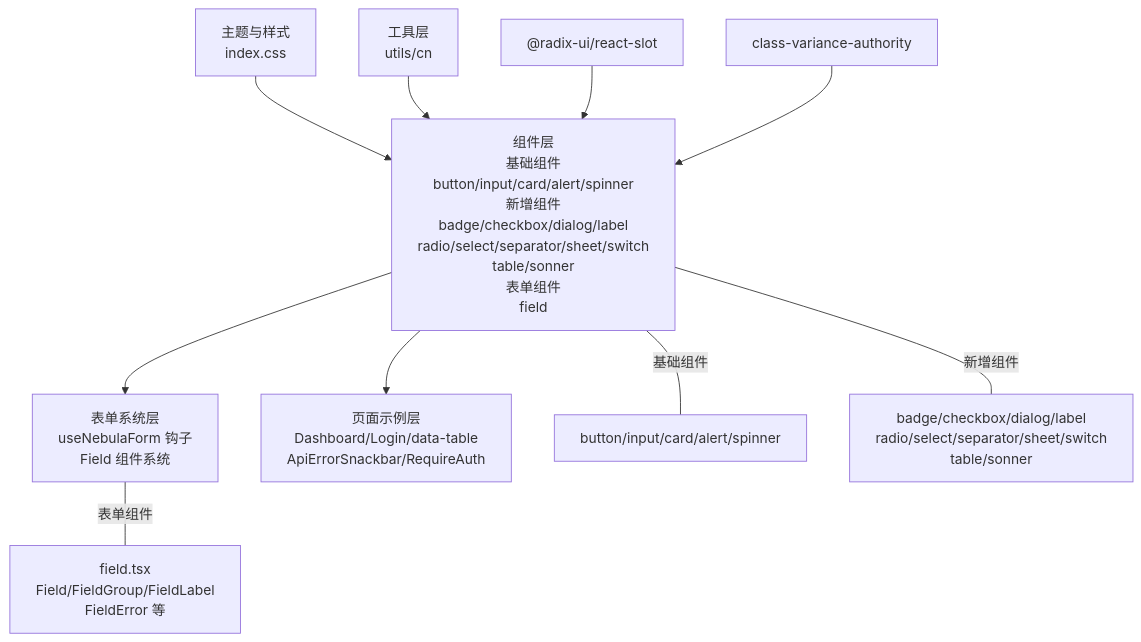
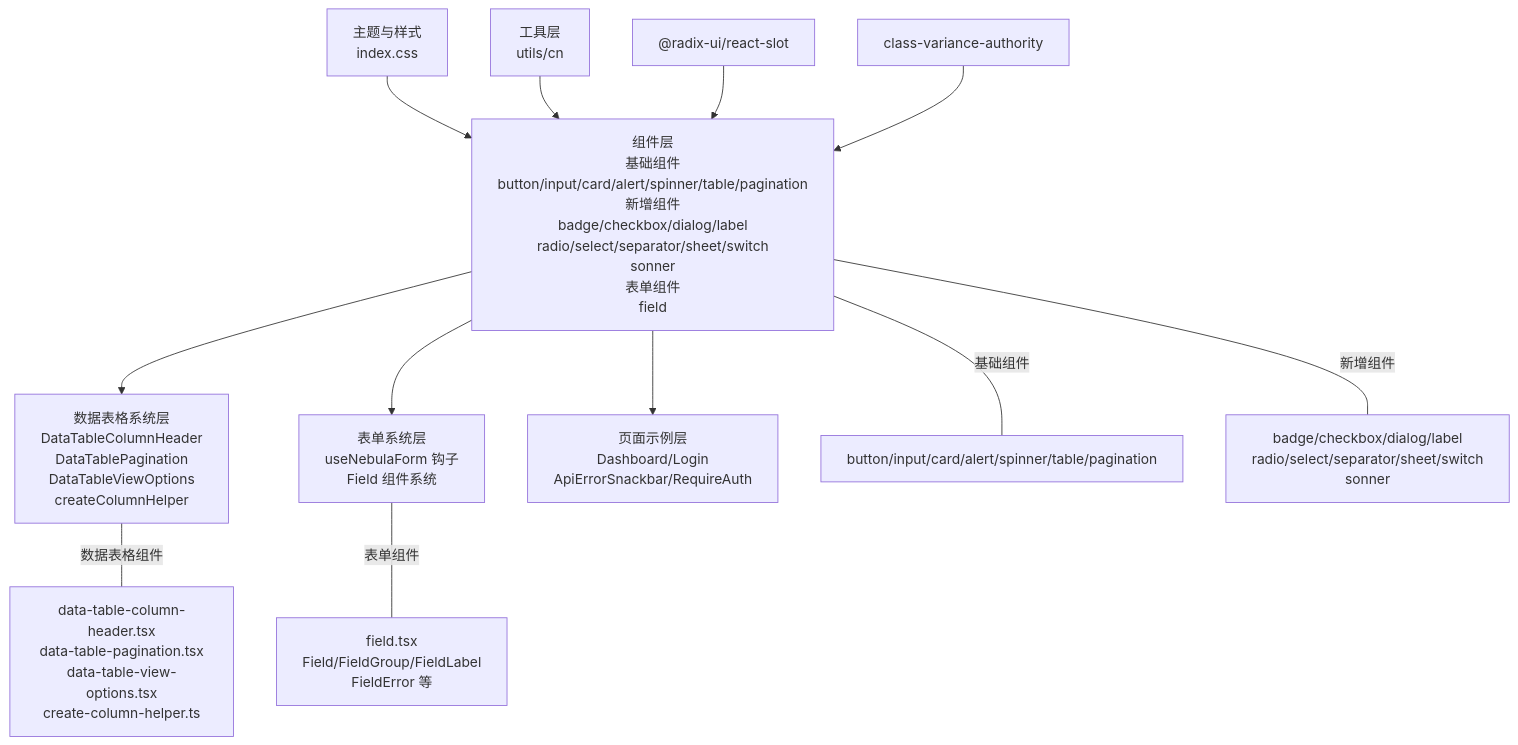
One commit to translateServers/nodes-stack changed the second of 16 diagrams in .qoder/repowiki/zh/content/前端系统/UI 组件库/UI 组件库.md. Above: the diagram before and after it, drawn with Mermaid. The commit also changed other lines of this file and 9 other files, not shown here.

````diff
--- a/.qoder/repowiki/zh/content/前端系统/UI 组件库/UI 组件库.md
+++ b/.qoder/repowiki/zh/content/前端系统/UI 组件库/UI 组件库.md
@@ -309,12 +371,14 @@
 ```mermaid
 graph TB
-THEME["主题与样式<br/>index.css"] --> LAYER1["组件层<br/>基础组件<br/>button/input/card/alert/spinner<br/>新增组件<br/>badge/checkbox/dialog/label<br/>radio/select/separator/sheet/switch<br/>table/sonner<br/>表单组件<br/>field"]
+THEME["主题与样式<br/>index.css"] --> LAYER1["组件层<br/>基础组件<br/>button/input/card/alert/spinner/table/pagination<br/>新增组件<br/>badge/checkbox/dialog/label<br/>radio/select/separator/sheet/switch<br/>sonner<br/>表单组件<br/>field"]
 UTIL["工具层<br/>utils/cn"] --> LAYER1
 RADIX["@radix-ui/react-slot"] --> LAYER1
 CVAVA["class-variance-authority"] --> LAYER1
+LAYER1 --> DATATABLE["数据表格系统层<br/>DataTableColumnHeader<br/>DataTablePagination<br/>DataTableViewOptions<br/>createColumnHelper"]
 LAYER1 --> FORM["表单系统层<br/>useNebulaForm 钩子<br/>Field 组件系统"]
-LAYER1 --> PAGES["页面示例层<br/>Dashboard/Login/data-table<br/>ApiErrorSnackbar/RequireAuth"]
-LAYER1 ---|"基础组件"| BASE["button/input/card/alert/spinner"]
-LAYER1 ---|"新增组件"| NEW["badge/checkbox/dialog/label<br/>radio/select/separator/sheet/switch<br/>table/sonner"]
+LAYER1 --> PAGES["页面示例层<br/>Dashboard/Login<br/>ApiErrorSnackbar/RequireAuth"]
+LAYER1 ---|"基础组件"| BASE["button/input/card/alert/spinner/table/pagination"]
+LAYER1 ---|"新增组件"| NEW["badge/checkbox/dialog/label<br/>radio/select/separator/sheet/switch<br/>sonner"]
+DATATABLE ---|"数据表格组件"| DT["data-table-column-header.tsx<br/>data-table-pagination.tsx<br/>data-table-view-options.tsx<br/>create-column-helper.ts"]
 FORM ---|"表单组件"| FIELDCOMP["field.tsx<br/>Field/FieldGroup/FieldLabel<br/>FieldError 等"]
 ```
````
